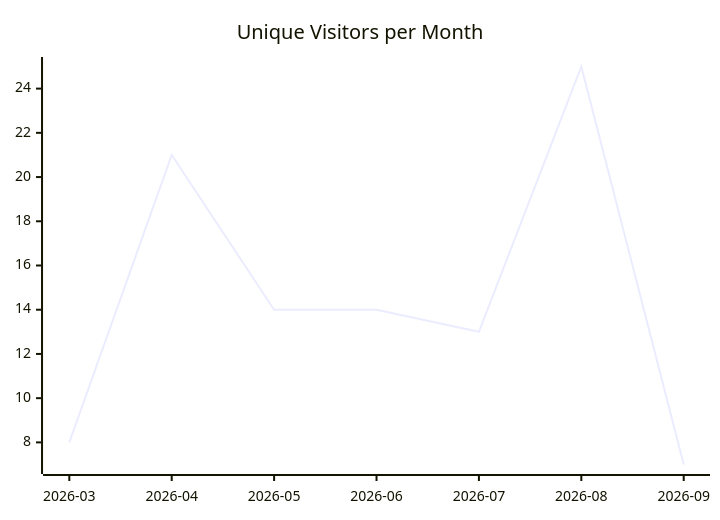
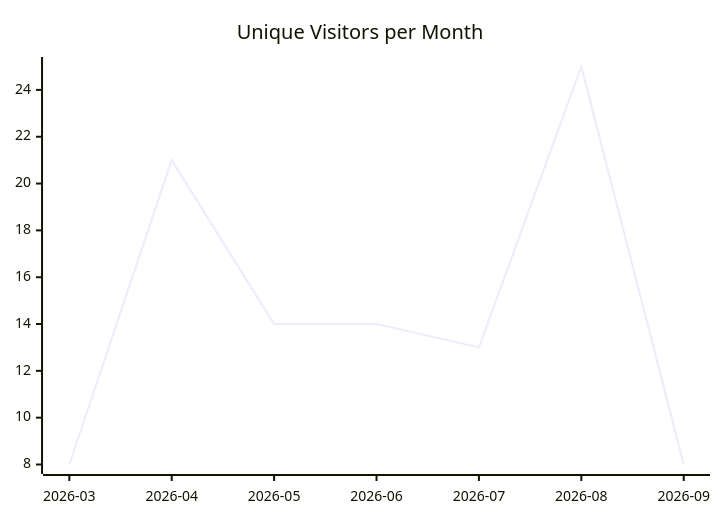
One commit to justdavis-family/github-analytics-data changed the first of 3 diagrams in karlmdavis/ksoap2-android/README.md. Above: the diagram before and after it, drawn with Mermaid. The commit also changed other lines of this file and 190 other files, not shown here.

````diff
--- a/karlmdavis/ksoap2-android/README.md
+++ b/karlmdavis/ksoap2-android/README.md
@@ -5,6 +5,6 @@
 ```mermaid
 xychart-beta
   title "Unique Visitors per Month"
   x-axis ["2026-03", "2026-04", "2026-05", "2026-06", "2026-07", "2026-08", "2026-09"]
-  line [8, 21, 14, 14, 13, 25, 7]
+  line [8, 21, 14, 14, 13, 25, 8]
 ```
````
